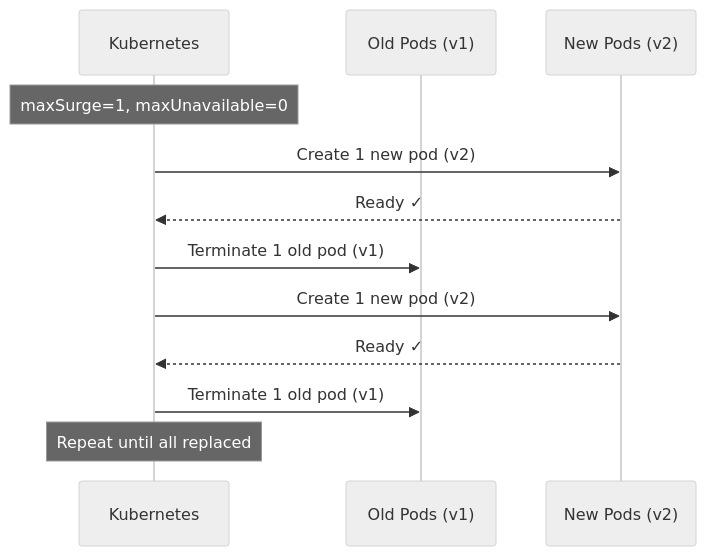
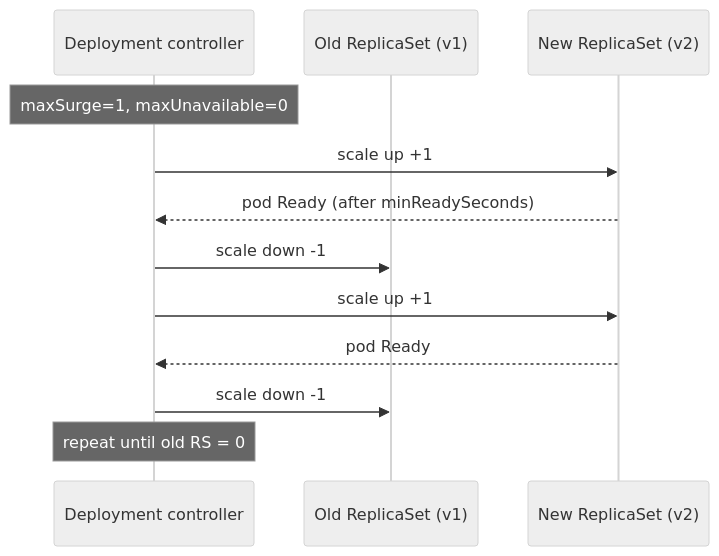
One commit to greg4fun/kubernetesrecipes.github.io changed the diagram in src/content/recipes/kubernetes-rolling-update-strategy.md. Above: the diagram before and after it, drawn with Mermaid (neutral theme). The commit also changed other lines of this file and 537 other files, not shown here.

````diff
--- a/src/content/recipes/kubernetes-rolling-update-strategy.md
+++ b/src/content/recipes/kubernetes-rolling-update-strategy.md
@@ -107,15 +86,14 @@
 ```mermaid
 sequenceDiagram
-    participant K as Kubernetes
-    participant Old as Old Pods (v1)
-    participant New as New Pods (v2)
-    
+    participant K as Deployment controller
+    participant Old as Old ReplicaSet (v1)
+    participant New as New ReplicaSet (v2)
     Note over K: maxSurge=1, maxUnavailable=0
-    K->>New: Create 1 new pod (v2)
-    New-->>K: Ready ✓
-    K->>Old: Terminate 1 old pod (v1)
-    K->>New: Create 1 new pod (v2)
-    New-->>K: Ready ✓
-    K->>Old: Terminate 1 old pod (v1)
-    Note over K: Repeat until all replaced
+    K->>New: scale up +1
+    New-->>K: pod Ready (after minReadySeconds)
+    K->>Old: scale down -1
+    K->>New: scale up +1
+    New-->>K: pod Ready
+    K->>Old: scale down -1
+    Note over K: repeat until old RS = 0
 ```
````
